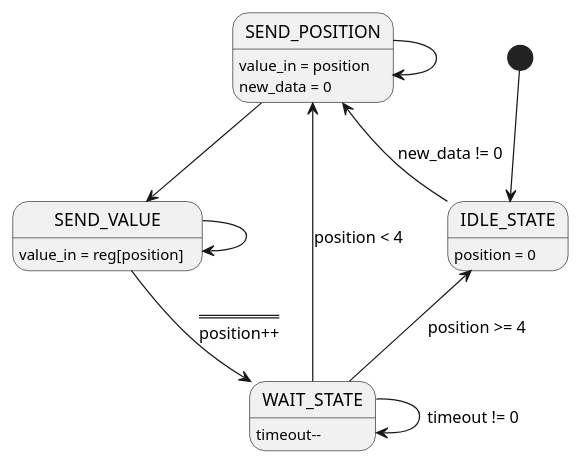
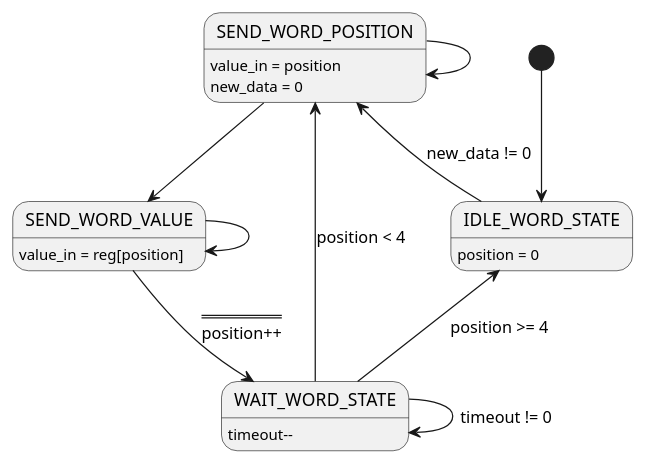
Before and after one commit to pimium/solder_station_avr: the diagram in doc/seven_seg_word_state.puml, drawn with PlantUML. The commit also changed 4 other files, not shown here.

Commit message:
implement plantuml design

```diff
--- a/doc/seven_seg_word_state.puml
+++ b/doc/seven_seg_word_state.puml
@@ -1,24 +1,24 @@
 @startuml
 
 show empty description
 
-[*] --> IDLE_STATE
+[*] --> IDLE_WORD_STATE
 'State1 : this is a string
 
-IDLE_STATE : position = 0
-IDLE_STATE -l-> SEND_POSITION : new_data != 0
+IDLE_WORD_STATE : position = 0
+IDLE_WORD_STATE -l-> SEND_WORD_POSITION : new_data != 0
 
-SEND_POSITION: value_in = position\nnew_data = 0
-SEND_POSITION --> SEND_VALUE
-SEND_POSITION --> SEND_POSITION
+SEND_WORD_POSITION: value_in = position\nnew_data = 0
+SEND_WORD_POSITION --> SEND_WORD_VALUE
+SEND_WORD_POSITION --> SEND_WORD_POSITION
 
-SEND_VALUE : value_in = reg[position]
-SEND_VALUE --> WAIT_STATE : ====\nposition++
-SEND_VALUE --> SEND_VALUE
+SEND_WORD_VALUE : value_in = reg[position]
+SEND_WORD_VALUE --> WAIT_WORD_STATE : ====\nposition++
+SEND_WORD_VALUE --> SEND_WORD_VALUE
 
-WAIT_STATE : timeout--
-WAIT_STATE -u-> SEND_POSITION : position < 4
-WAIT_STATE -u-> IDLE_STATE : position >= 4
-WAIT_STATE --> WAIT_STATE : timeout != 0
+WAIT_WORD_STATE : timeout--
+WAIT_WORD_STATE -u-> SEND_WORD_POSITION : position < 4
+WAIT_WORD_STATE -u-> IDLE_WORD_STATE : position >= 4
+WAIT_WORD_STATE --> WAIT_WORD_STATE : timeout != 0
 
 @enduml
```
